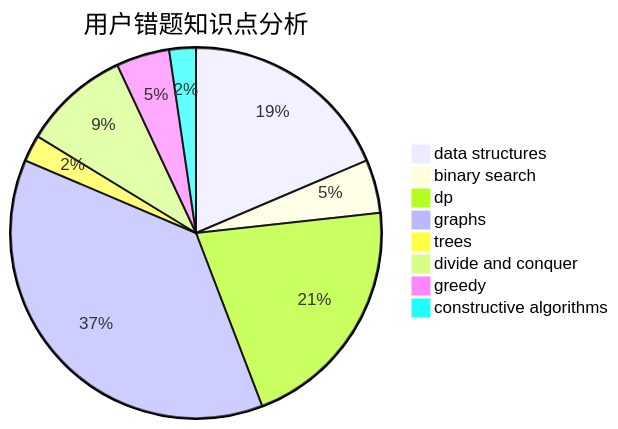
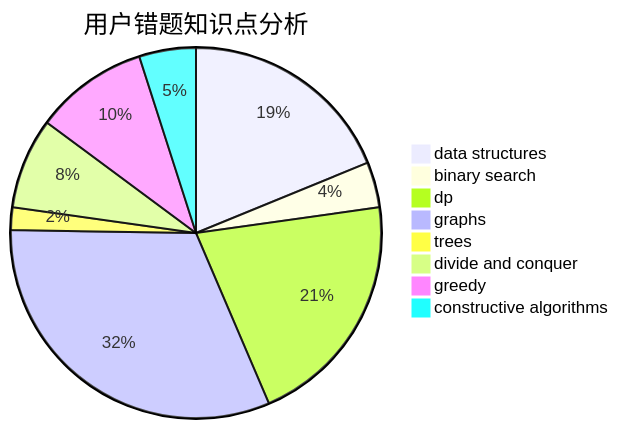
Before and after one commit to sherpahu/cfrs.github.io: the third of 3 diagrams in docs/user/u918.md, drawn with Mermaid. The commit also changed other lines of this file and 2770 other files, not shown here.

````diff
--- a/docs/user/u918.md
+++ b/docs/user/u918.md
@@ -36,11 +36,11 @@
 ```mermaid
 pie title 用户错题知识点分析
-    "data structures" :  16
+    "data structures" :  19
     "binary search" :  4
-    "dp" :  18
+    "dp" :  21
     "graphs" :  32
     "trees" :  2
     "divide and conquer" :  8
-    "greedy" :  4
-    "constructive algorithms" :  2
+    "greedy" :  10
+    "constructive algorithms" :  5
 ```
````
